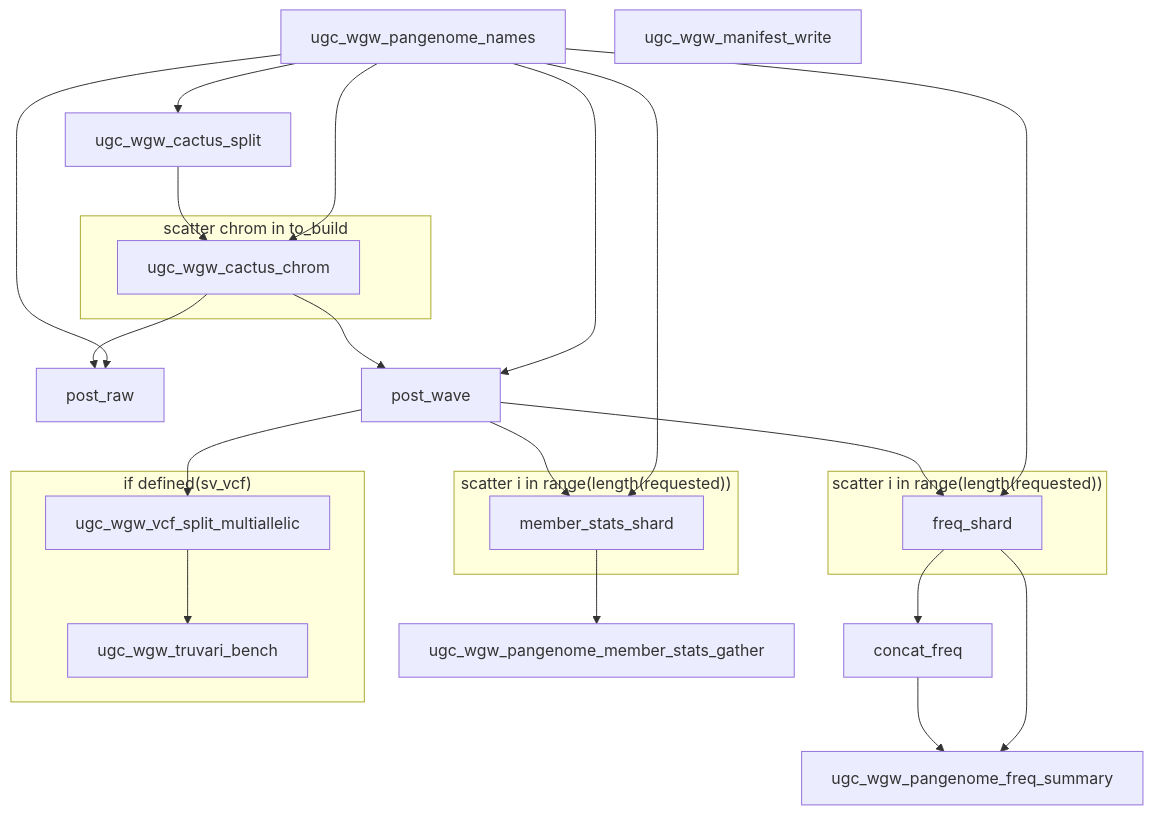
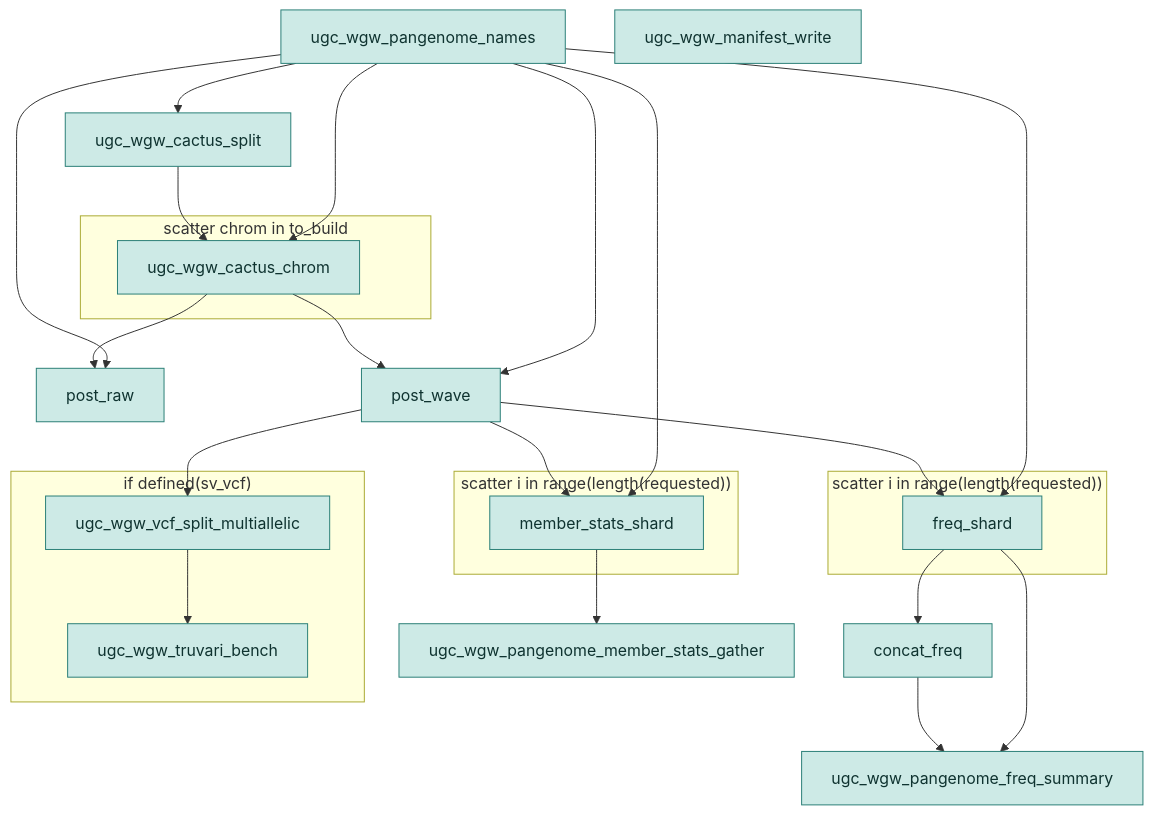
Before and after one commit to UppsalaGenomeCenter/ugc-wgw: diagram 13 of 13 in docs/guide/workflow-graphs.md, drawn with Mermaid. The commit also changed other lines of this file and 52 other files, not shown here.

First line of the commit message:
ugc-wgw 0.20.0

````diff
--- a/docs/guide/workflow-graphs.md
+++ b/docs/guide/workflow-graphs.md
@@ -783,41 +804,42 @@
 ```mermaid
 flowchart TD
-  n1["ugc_wgw_pangenome_names"]
-  n2["ugc_wgw_cactus_split"]
+  n1["ugc_wgw_pangenome_names"]:::o
+  n2["ugc_wgw_cactus_split"]:::o
   subgraph s1["scatter chrom in to_build"]
-    n3["ugc_wgw_cactus_chrom"]
+    n3["ugc_wgw_cactus_chrom"]:::o
   end
-  n4["post_raw"]
-  n5["post_wave"]
+  n4["post_raw"]:::o
+  n5["post_wave"]:::o
   subgraph s2["scatter i in range(length(requested))"]
-    n6["freq_shard"]
+    n6["freq_shard"]:::o
   end
   subgraph s3["scatter i in range(length(requested))"]
-    n7["member_stats_shard"]
+    n7["member_stats_shard"]:::o
   end
-  n8["ugc_wgw_pangenome_member_stats_gather"]
-  n9["concat_freq"]
-  n10["ugc_wgw_pangenome_freq_summary"]
+  n8["ugc_wgw_pangenome_member_stats_gather"]:::o
+  n9["concat_freq"]:::o
+  n10["ugc_wgw_pangenome_freq_summary"]:::o
   subgraph s4["if defined(sv_vcf)"]
-    n11["ugc_wgw_vcf_split_multiallelic"]
-    n12["ugc_wgw_truvari_bench"]
+    n11["ugc_wgw_vcf_split_multiallelic"]:::o
+    n12["ugc_wgw_truvari_bench"]:::o
   end
-  n13["ugc_wgw_manifest_write"]
+  n13["ugc_wgw_manifest_write"]:::o
   n1 --> n2
   n1 --> n3
   n1 --> n4
   n1 --> n5
   n1 --> n6
   n1 --> n7
   n2 --> n3
   n3 --> n4
   n3 --> n5
   n5 --> n6
   n5 --> n7
   n5 --> n11
   n6 --> n9
   n6 --> n10
   n7 --> n8
   n9 --> n10
   n11 --> n12
+  classDef o fill:#cdeae6,stroke:#2a7f77,color:#0f3330
 ```
````
